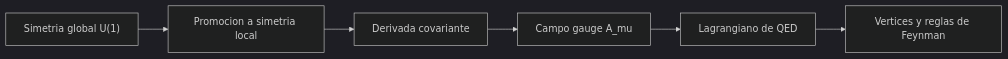
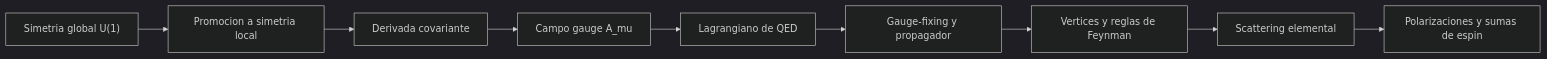
Before and after one commit to LegalIntermediaSL/QFT: the diagram in Tutorial/07_gauge_y_qed/README.md, drawn with Mermaid (dark theme). The commit also changed other lines of this file and 76 other files, not shown here.

````diff
--- a/Tutorial/07_gauge_y_qed/README.md
+++ b/Tutorial/07_gauge_y_qed/README.md
@@ -14,8 +23,11 @@
 ```mermaid
 flowchart LR
     A["Simetria global U(1)"] --> B["Promocion a simetria local"]
     B --> C["Derivada covariante"]
     C --> D["Campo gauge A_mu"]
     D --> E["Lagrangiano de QED"]
-    E --> F["Vertices y reglas de Feynman"]
+    E --> F["Gauge-fixing y propagador"]
+    F --> G["Vertices y reglas de Feynman"]
+    G --> H["Scattering elemental"]
+    H --> I["Polarizaciones y sumas de espin"]
 ```
````
